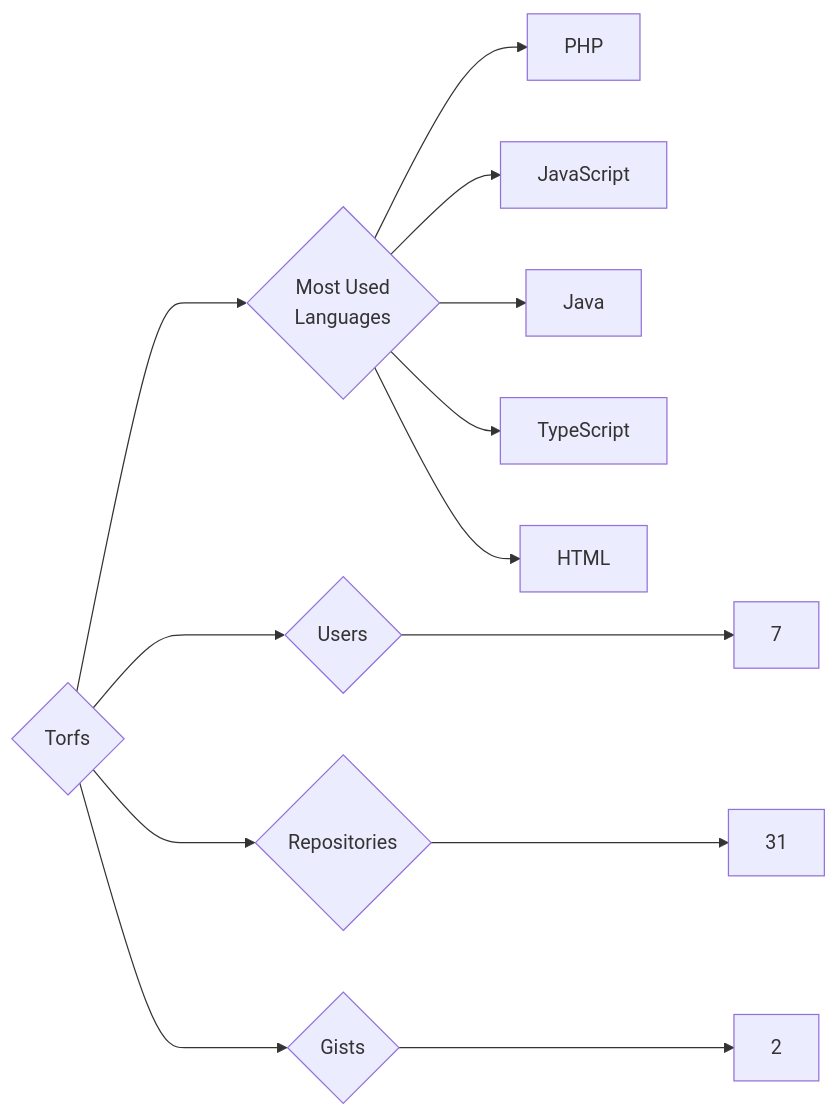
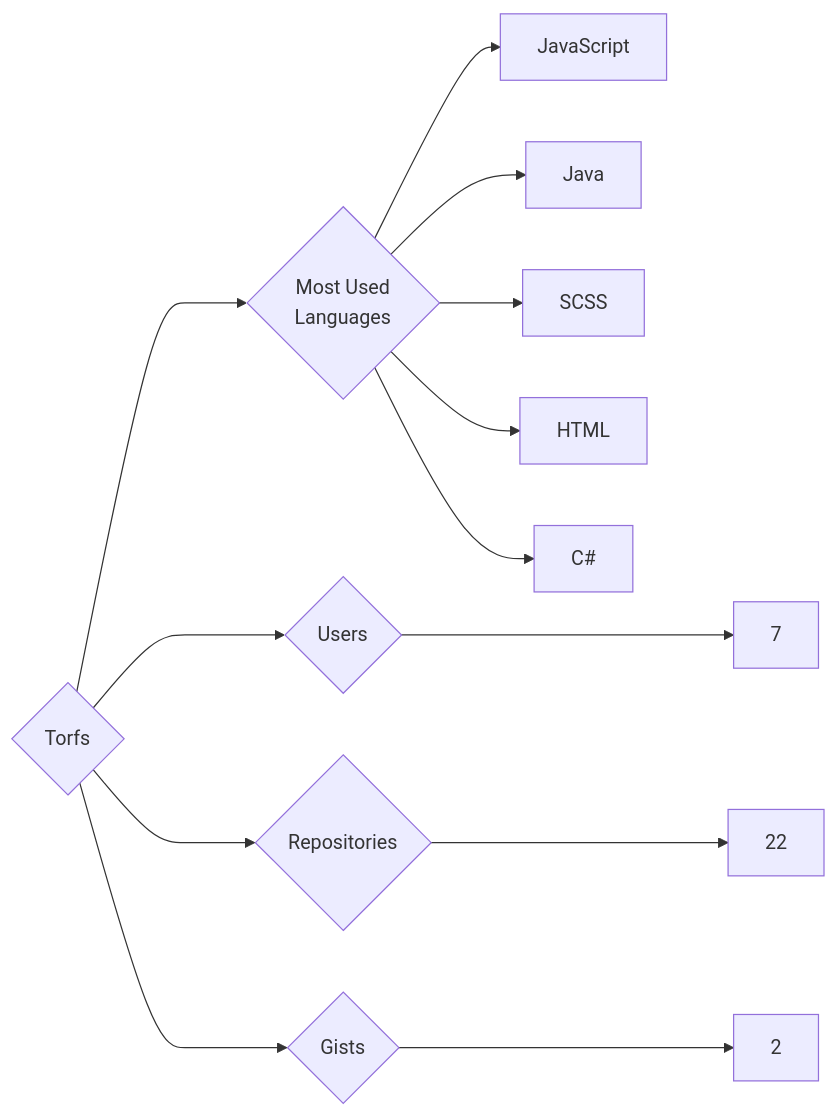
The diagram in targets/Torfs/README.md (trickest/insiders), drawn with Mermaid before and after one commit. The commit also changed 851 other files, not shown here.

````diff
--- a/targets/Torfs/README.md
+++ b/targets/Torfs/README.md
@@ -3,13 +3,13 @@
 ```mermaid
 graph LR
 COMPANY_NAME{Torfs}
 COMPANY_NAME ---> U{Users} ---> UN[7]
-COMPANY_NAME ---> R{Repositories} ---> RN[31]
+COMPANY_NAME ---> R{Repositories} ---> RN[22]
 COMPANY_NAME ---> G{Gists} ---> GN[2]
 COMPANY_NAME ---> ML{Most Used<br>Languages}
-ML --> PHP[PHP]
 ML --> JavaScript[JavaScript]
 ML --> Java[Java]
-ML --> TypeScript[TypeScript]
+ML --> SCSS[SCSS]
 ML --> HTML[HTML]
+ML --> C#[C#]
 ```
````
